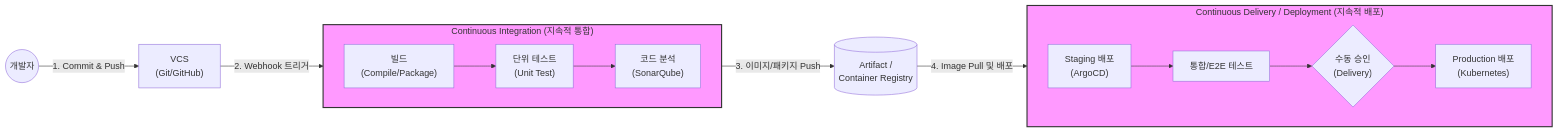
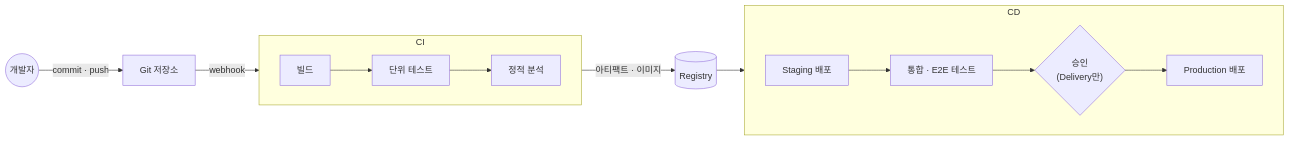
One commit to supremethumb/supremethumb.github.io changed the diagram in content/01_IT Tech/CI, CD (Continuous Integration, Continuous Delivery).md. Above: the diagram before and after it, drawn with Mermaid. The commit also changed other lines of this file and 1087 other files, not shown here.

````diff
--- a/content/01_IT Tech/CI, CD (Continuous Integration, Continuous Delivery).md
+++ b/content/01_IT Tech/CI, CD (Continuous Integration, Continuous Delivery).md
@@ -35,34 +36,15 @@
 ```mermaid
 flowchart LR
-    Dev(("개발자"))
-    VCS["VCS<br/>(Git/GitHub)"]
-
-    subgraph CI["Continuous Integration (지속적 통합)"]
+    DEV(("개발자")) -- "commit · push" --> VCS["Git 저장소"]
+    VCS -- "webhook" --> CI
+    subgraph CI ["CI"]
         direction LR
-        Build["빌드<br/>(Compile/Package)"]
-        Test["단위 테스트<br/>(Unit Test)"]
-        Analyze["코드 분석<br/>(SonarQube)"]
-        Build --> Test --> Analyze
+        B["빌드"] --> UT["단위 테스트"] --> SA["정적 분석"]
     end
-
-    Registry[("Artifact /<br/>Container Registry")]
-
-    subgraph CD["Continuous Delivery / Deployment (지속적 배포)"]
+    CI -- "아티팩트 · 이미지" --> REG[("Registry")]
+    REG --> CD
+    subgraph CD ["CD"]
         direction LR
-        Deploy_Stg["Staging 배포<br/>(ArgoCD)"]
-        Test_E2E["통합/E2E 테스트"]
-        Approve{"수동 승인<br/>(Delivery)"}
-        Deploy_Prd["Production 배포<br/>(Kubernetes)"]
-        
-        Deploy_Stg --> Test_E2E --> Approve --> Deploy_Prd
+        STG["Staging 배포"] --> E2E["통합 · E2E 테스트"] --> APR{"승인<br/>(Delivery만)"} --> PRD["Production 배포"]
     end
-
-    Dev -- "1. Commit & Push" --> VCS
-    VCS -- "2. Webhook 트리거" --> CI
-    CI -- "3. 이미지/패키지 Push" --> Registry
-    Registry -- "4. Image Pull 및 배포" --> CD
-    
-    classDef highlight fill:#f9f,stroke:#333,stroke-width:2px;
-    class CI,CD highlight;
-
 ```
````
